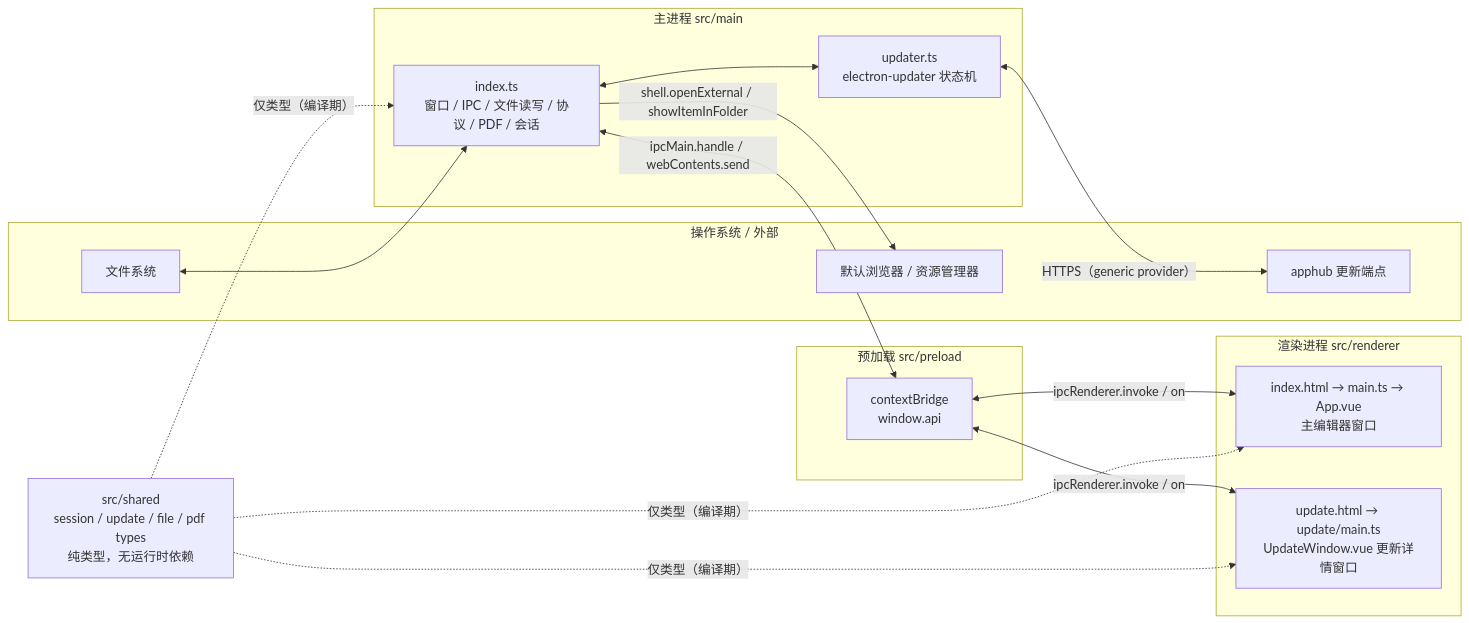
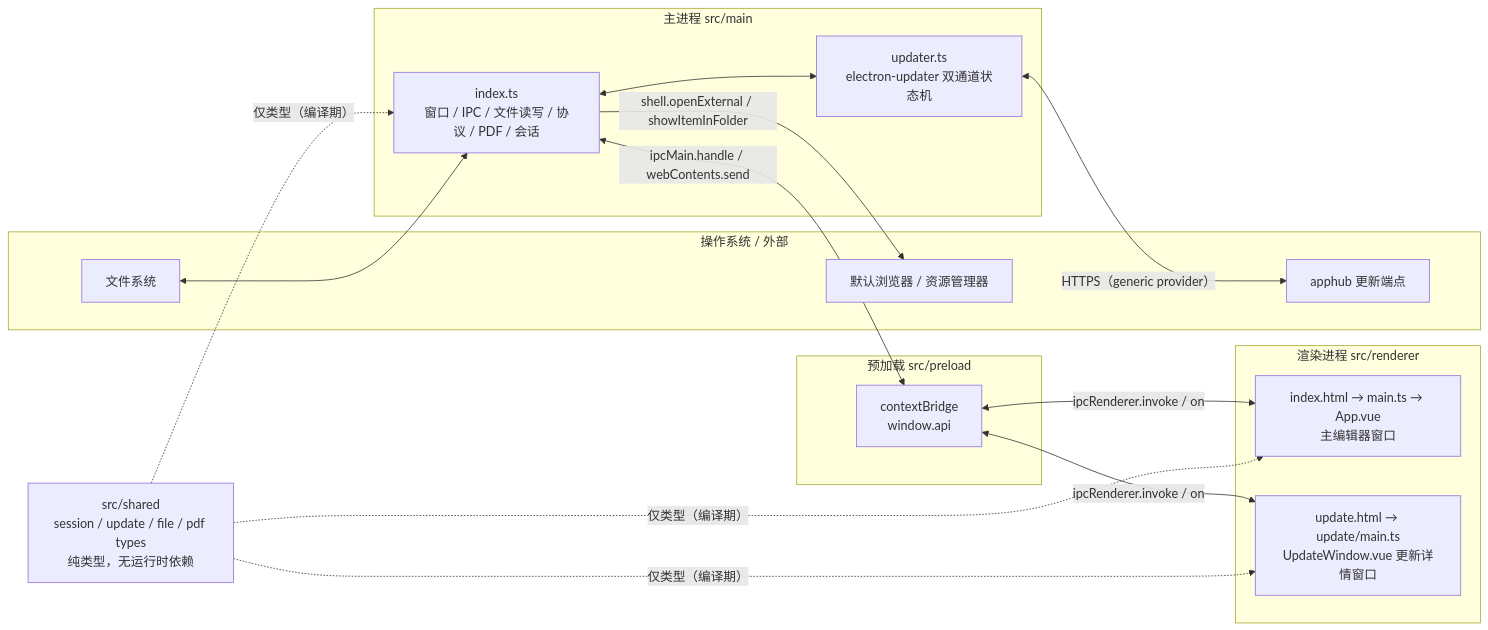
One commit to Harley-xk/mark-it changed the first of 5 diagrams in docs/架构总览.md. Above: the diagram before and after it, drawn with Mermaid. The commit also changed other lines of this file and 26 other files, not shown here.

````diff
--- a/docs/架构总览.md
+++ b/docs/架构总览.md
@@ -63,35 +63,35 @@
 ```mermaid
 flowchart LR
   subgraph OS["操作系统 / 外部"]
     FS["文件系统"]
     SHELL["默认浏览器 / 资源管理器"]
     APPHUB["apphub 更新端点"]
   end
 
   subgraph MAIN["主进程 src/main"]
     MI["index.ts<br/>窗口 / IPC / 文件读写 / 协议 / PDF / 会话"]
-    MU["updater.ts<br/>electron-updater 状态机"]
+    MU["updater.ts<br/>electron-updater 双通道状态机"]
   end
 
   subgraph PRELOAD["预加载 src/preload"]
     PA["contextBridge<br/>window.api"]
   end
 
   subgraph RENDERER["渲染进程 src/renderer"]
     R1["index.html → main.ts → App.vue<br/>主编辑器窗口"]
     R2["update.html → update/main.ts<br/>UpdateWindow.vue 更新详情窗口"]
   end
 
   SHARED["src/shared<br/>session / update / file / pdf types<br/>纯类型，无运行时依赖"]
 
   FS <--> MI
   MI <--> MU
   MI <-->|"ipcMain.handle / webContents.send"| PA
   PA <-->|"ipcRenderer.invoke / on"| R1
   PA <-->|"ipcRenderer.invoke / on"| R2
   MU <-->|"HTTPS（generic provider）"| APPHUB
   MI -->|"shell.openExternal / showItemInFolder"| SHELL
   SHARED -.->|"仅类型（编译期）"| MI
   SHARED -.->|"仅类型（编译期）"| R1
   SHARED -.->|"仅类型（编译期）"| R2
 ```
````
